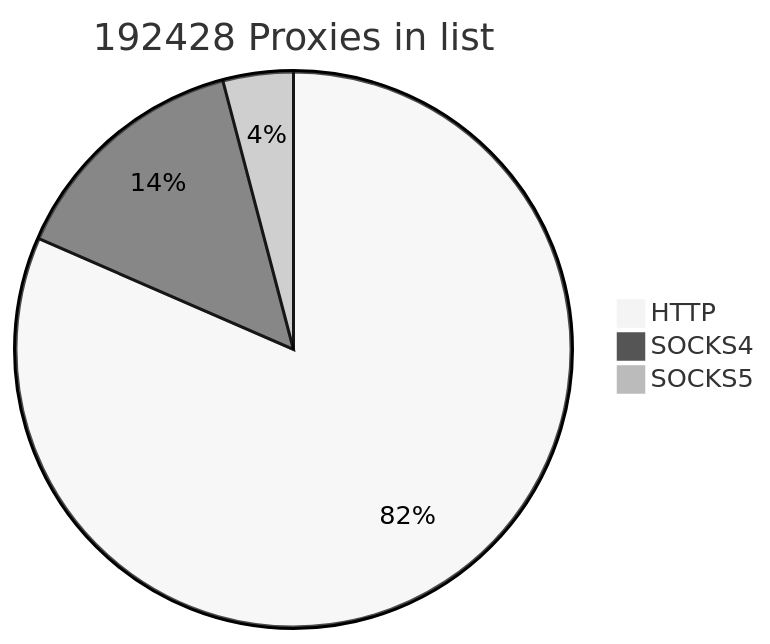
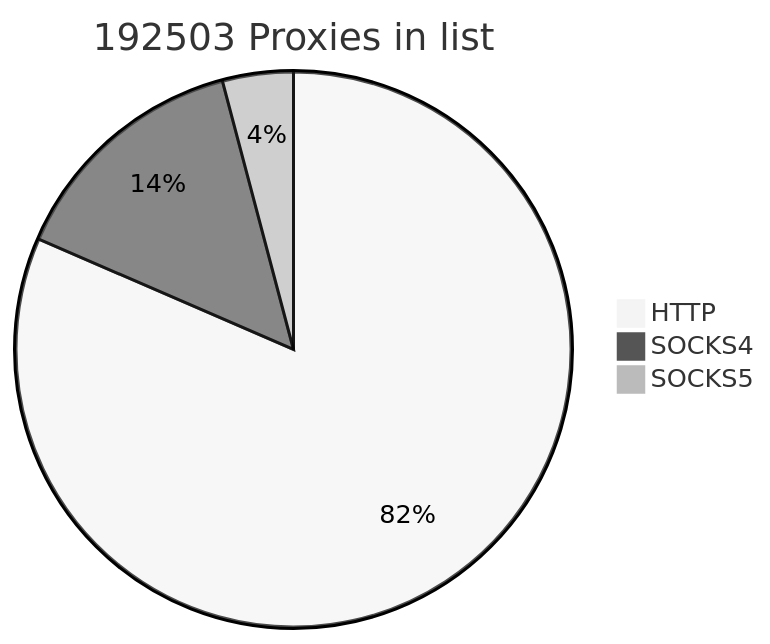
The first of 2 diagrams in README.md (cutipu/proxylist), drawn with Mermaid (neutral theme) before and after one commit. The commit also changed other lines of this file, not shown here.

````diff
--- a/README.md
+++ b/README.md
@@ -2,7 +2,7 @@
 ```mermaid
-pie title 192428 Proxies in list
-    "HTTP" : 156906
-    "SOCKS4" : 27649
-    "SOCKS5" : 7873
+pie title 192503 Proxies in list
+    "HTTP" : 156910
+    "SOCKS4" : 27664
+    "SOCKS5" : 7929
             
 ```
````
